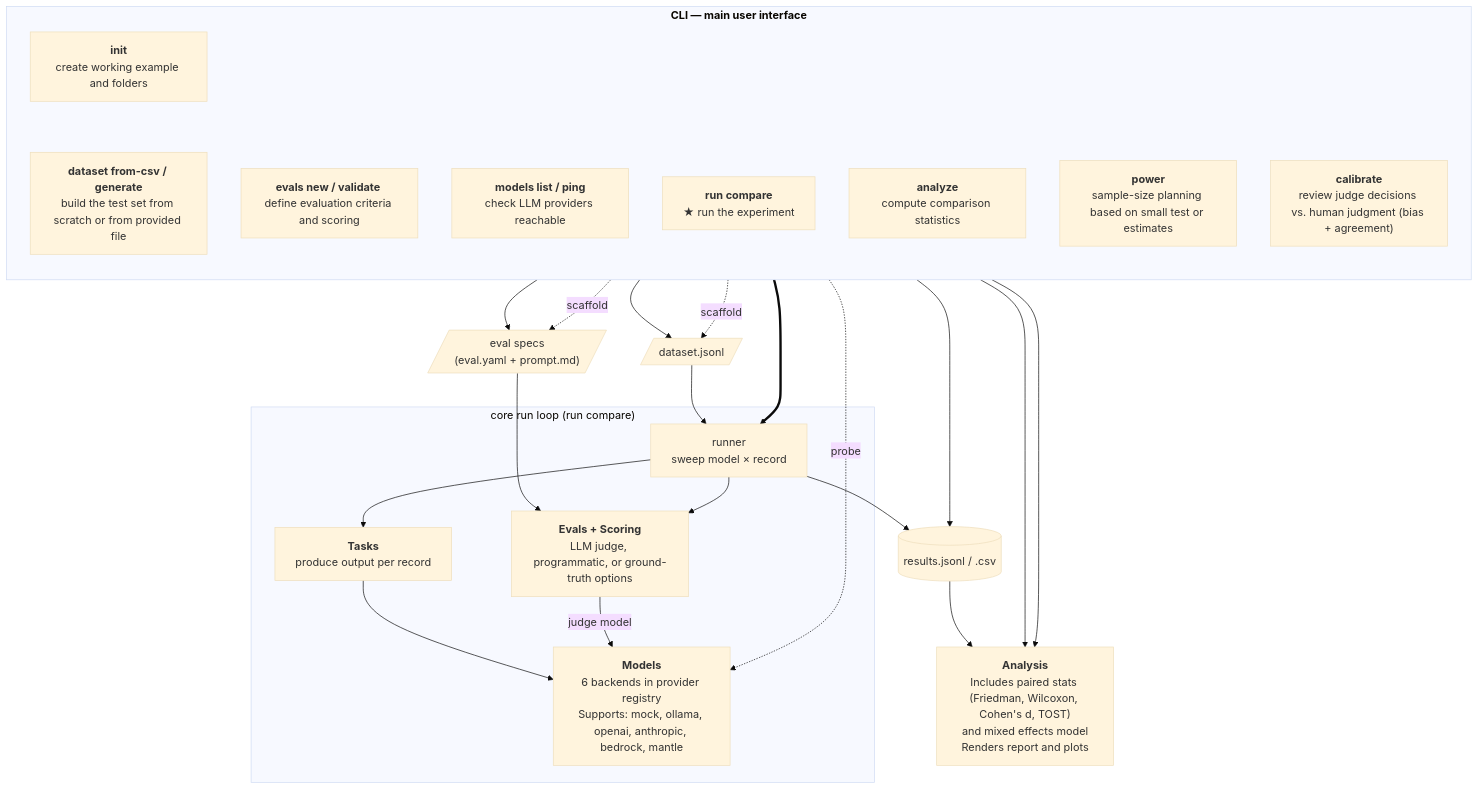
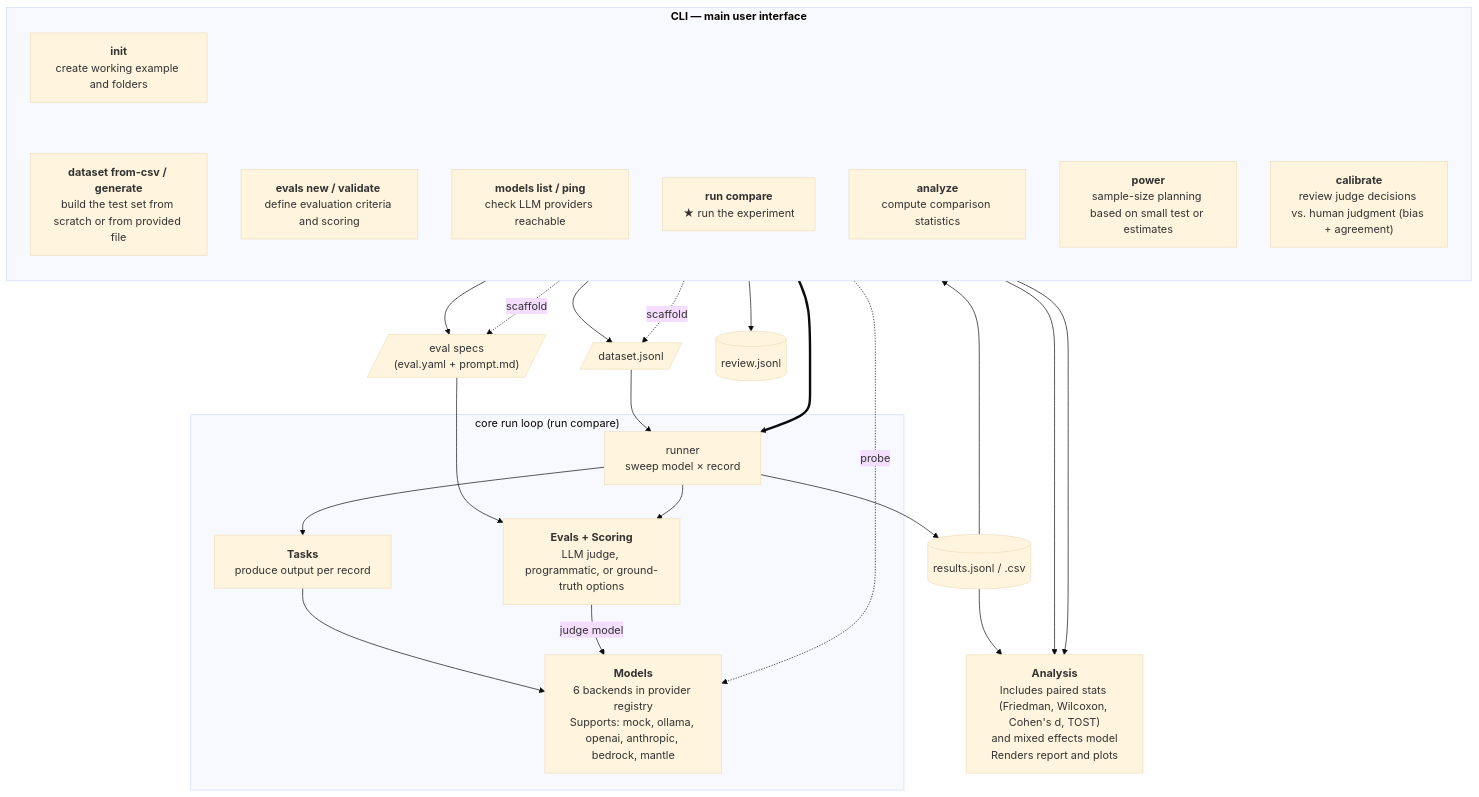
The diagram in docs/architecture-overview.mmd (Nebulock-Inc/llm-workbench), drawn with Mermaid (base theme) before and after one commit. The commit also changed 10 other files, not shown here.

```diff
--- a/docs/architecture-overview.mmd
+++ b/docs/architecture-overview.mmd
@@ -1,62 +1,64 @@
 flowchart TB
     subgraph CLI["`**CLI — main user interface**`"]
     C_init ~~~ C_ds
 
         direction TB
         C_init["`**init**
 create working example and folders`"]
         C_ds["`**dataset from-csv / generate**
 build the test set from scratch or from provided file`"]
         C_ev["`**evals new / validate** 
 define evaluation criteria and scoring`"]
         C_mod["`**models list / ping**
 check LLM providers reachable`"]
         C_run["`**run compare**
 ★ run the experiment`"]
         C_an["`**analyze**
 compute comparison statistics`"]
         C_pow["`**power**
 sample-size planning based on small test or estimates`"]
         C_rev["`**calibrate**
 review judge decisions vs. human judgment (bias + agreement)`"]
     end
 
     DATA[/"dataset.jsonl"/]
     SPECS[/"eval specs
 (eval.yaml + prompt.md)"/]
 
     subgraph CORE["core run loop (run compare)"]
         RC["runner
 sweep model × record"]
         TASKS["`**Tasks**
 produce output per record`"]
         MODELS["`**Models**
 6 backends in provider registry
 Supports: mock, ollama, openai, anthropic, bedrock, mantle`"]
         EVALS["`**Evals + Scoring**
 LLM judge, programmatic, or ground-truth options`"]
     end
 
     STORE[("results.jsonl / .csv")]
+    REVIEW[("review.jsonl")]
     ANALYSIS["`**Analysis**
 Includes paired stats (Friedman, Wilcoxon, Cohen's d, TOST)
 and mixed effects model
 Renders report and plots`"]
 
     %% CLI commands each drive a different stage
     C_ds --> DATA
     C_ev --> SPECS
     C_mod -.probe.-> MODELS
     C_run ==> RC
     C_an --> ANALYSIS
     C_pow --> ANALYSIS
-    C_rev --> STORE
+    STORE --> C_rev
+    C_rev --> REVIEW
     C_init -.scaffold.-> DATA
     C_init -.scaffold.-> SPECS
     %% the run loop itself
     DATA --> RC
     SPECS --> EVALS
     RC --> TASKS --> MODELS
     RC --> EVALS
     EVALS -->|judge model| MODELS
     RC --> STORE --> ANALYSIS
```
